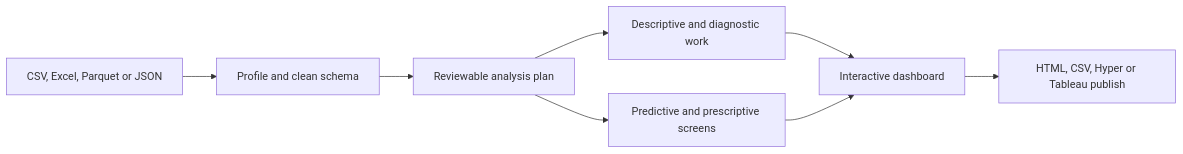
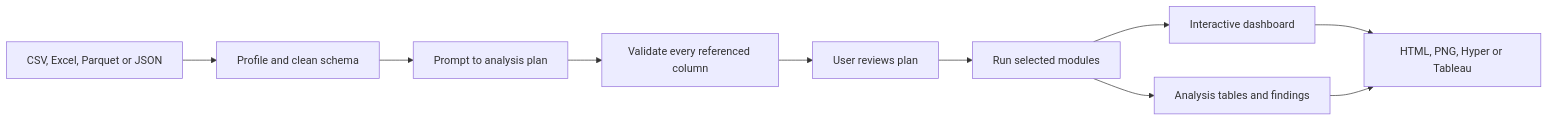
One commit to Ackrad-Data-Analyst/PromptBI-Tableau-Studio changed the diagram in README.md. Above: the diagram before and after it, drawn with Mermaid. The commit also changed other lines of this file and 1 other file, not shown here.

Commit message:
Show the analytics pipeline and dashboard outputs

````diff
--- a/README.md
+++ b/README.md
@@ -17,10 +29,12 @@
 ```mermaid
 flowchart LR
     A[CSV, Excel, Parquet or JSON] --> B[Profile and clean schema]
-    B --> C[Reviewable analysis plan]
-    C --> D[Descriptive and diagnostic work]
-    C --> E[Predictive and prescriptive screens]
-    D --> F[Interactive dashboard]
-    E --> F
-    F --> G[HTML, CSV, Hyper or Tableau publish]
+    B --> C[Prompt to analysis plan]
+    C --> D[Validate every referenced column]
+    D --> E[User reviews plan]
+    E --> F[Run selected modules]
+    F --> G[Interactive dashboard]
+    F --> H[Analysis tables and findings]
+    G --> I[HTML, PNG, Hyper or Tableau]
+    H --> I
 ```
````
